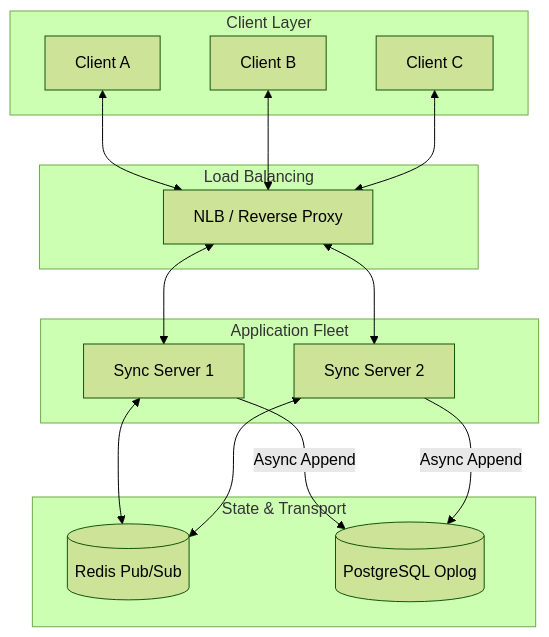
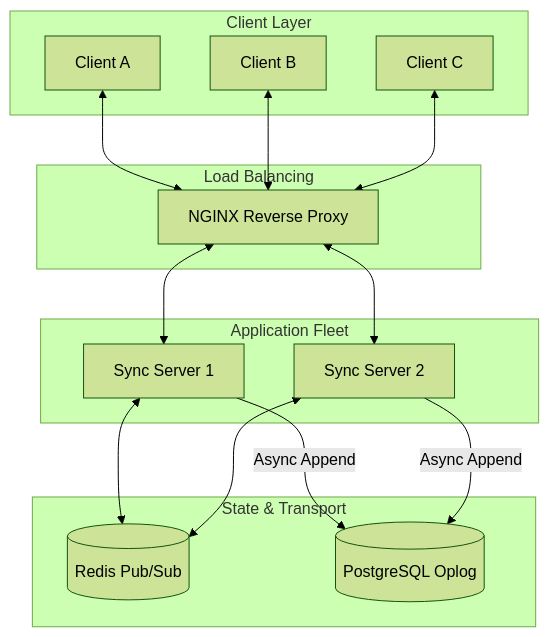
One commit to randomfunction/SyncEngine changed the diagram in README.md. Above: the diagram before and after it, drawn with Mermaid (forest theme). The commit also changed other lines of this file and 4 other files, not shown here.

Commit message:
nginx reverse proxy added

````diff
--- a/README.md
+++ b/README.md
@@ -18,32 +11,32 @@
 ```mermaid
 graph TD
     subgraph "Client Layer"
         C1[Client A]
         C2[Client B]
         C3[Client C]
     end
 
     subgraph "Load Balancing"
-        LB[NLB / Reverse Proxy]
+        LB[NGINX Reverse Proxy]
     end
 
     subgraph "Application Fleet"
         S1[Sync Server 1]
         S2[Sync Server 2]
     end
 
     subgraph "State & Transport"
         R[(Redis Pub/Sub)]
         DB[(PostgreSQL Oplog)]
     end
 
     C1 <--> LB
     C2 <--> LB
     C3 <--> LB
     LB <--> S1
     LB <--> S2
     S1 <--> R
     S2 <--> R
     S1 -- Async Append --> DB
     S2 -- Async Append --> DB
 ```
````
